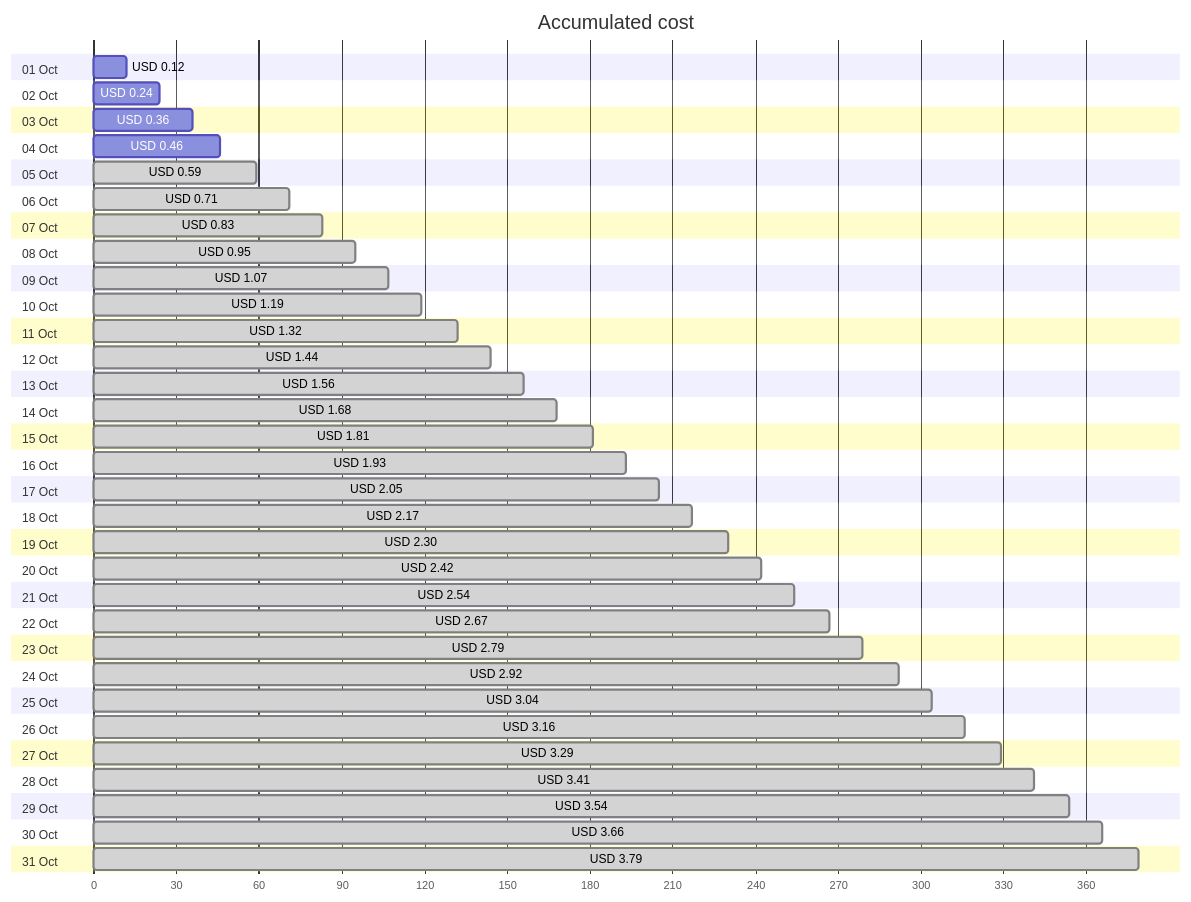
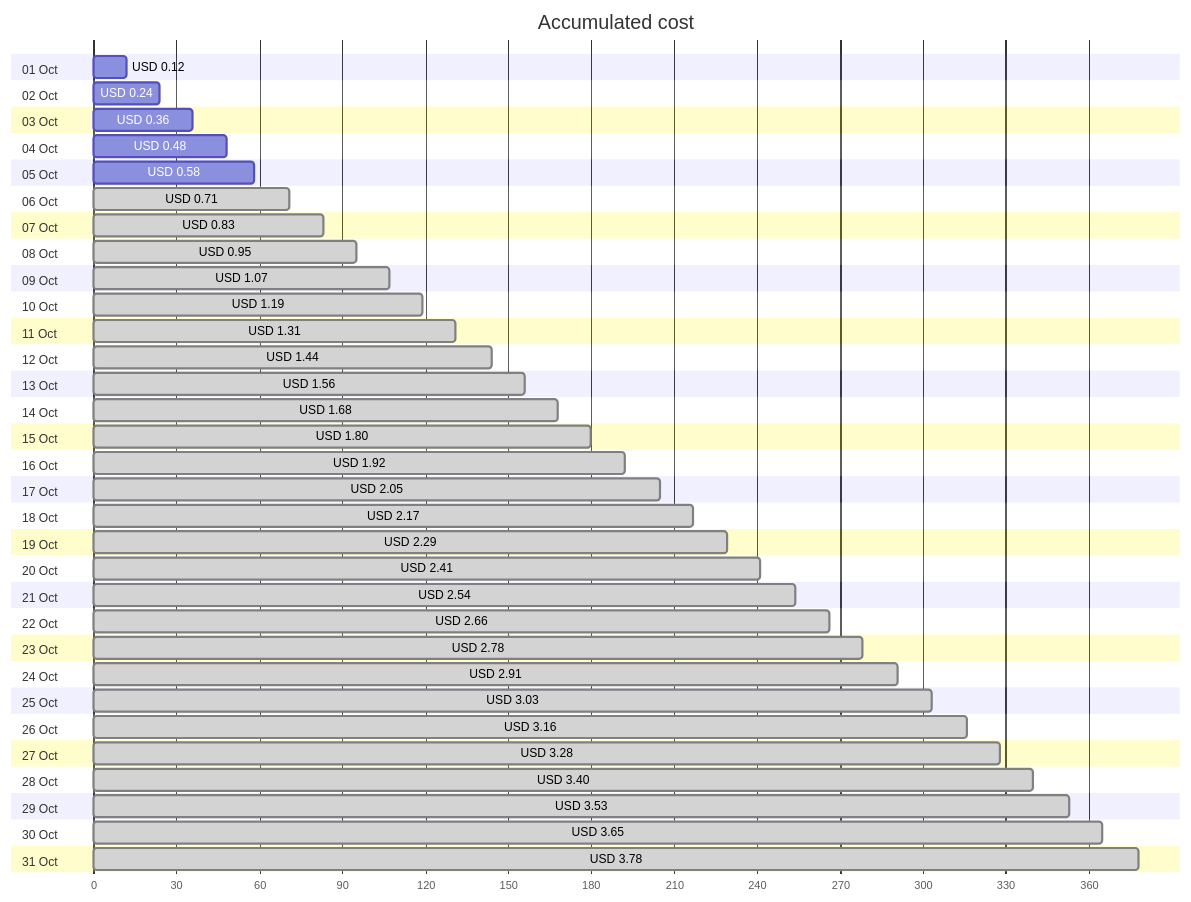
Before and after one commit to jpfulton/azure-personal-reports: the first of 4 diagrams in cost-reports/personal-network/vpn-server-public-ip.md, drawn with Mermaid. The commit also changed other lines of this file and 8 other files, not shown here.

````diff
--- a/cost-reports/personal-network/vpn-server-public-ip.md
+++ b/cost-reports/personal-network/vpn-server-public-ip.md
@@ -20,68 +20,68 @@
 ```mermaid
 gantt
    title Accumulated cost
    dateFormat  X
    axisFormat %s
    section 01 Oct
    USD 0.12 :0, 12
    section 02 Oct
    USD 0.24 :0, 24
    section 03 Oct
    USD 0.36 :0, 36
    section 04 Oct
-   USD 0.46 :0, 46
+   USD 0.48 :0, 48
    section 05 Oct
-   USD 0.59 : done, 0, 59
+   USD 0.58 :0, 58
    section 06 Oct
    USD 0.71 : done, 0, 71
    section 07 Oct
    USD 0.83 : done, 0, 83
    section 08 Oct
    USD 0.95 : done, 0, 95
    section 09 Oct
    USD 1.07 : done, 0, 107
    section 10 Oct
    USD 1.19 : done, 0, 119
    section 11 Oct
-   USD 1.32 : done, 0, 132
+   USD 1.31 : done, 0, 131
    section 12 Oct
    USD 1.44 : done, 0, 144
    section 13 Oct
    USD 1.56 : done, 0, 156
    section 14 Oct
    USD 1.68 : done, 0, 168
    section 15 Oct
-   USD 1.81 : done, 0, 181
+   USD 1.80 : done, 0, 180
    section 16 Oct
-   USD 1.93 : done, 0, 193
+   USD 1.92 : done, 0, 192
    section 17 Oct
    USD 2.05 : done, 0, 205
    section 18 Oct
    USD 2.17 : done, 0, 217
    section 19 Oct
-   USD 2.30 : done, 0, 230
+   USD 2.29 : done, 0, 229
    section 20 Oct
-   USD 2.42 : done, 0, 242
+   USD 2.41 : done, 0, 241
    section 21 Oct
    USD 2.54 : done, 0, 254
    section 22 Oct
-   USD 2.67 : done, 0, 267
+   USD 2.66 : done, 0, 266
    section 23 Oct
-   USD 2.79 : done, 0, 279
+   USD 2.78 : done, 0, 278
    section 24 Oct
-   USD 2.92 : done, 0, 292
+   USD 2.91 : done, 0, 291
    section 25 Oct
-   USD 3.04 : done, 0, 304
+   USD 3.03 : done, 0, 303
    section 26 Oct
    USD 3.16 : done, 0, 316
    section 27 Oct
-   USD 3.29 : done, 0, 329
+   USD 3.28 : done, 0, 328
    section 28 Oct
-   USD 3.41 : done, 0, 341
+   USD 3.40 : done, 0, 340
    section 29 Oct
-   USD 3.54 : done, 0, 354
+   USD 3.53 : done, 0, 353
    section 30 Oct
-   USD 3.66 : done, 0, 366
+   USD 3.65 : done, 0, 365
    section 31 Oct
-   USD 3.79 : done, 0, 379
+   USD 3.78 : done, 0, 378
 ```
````
